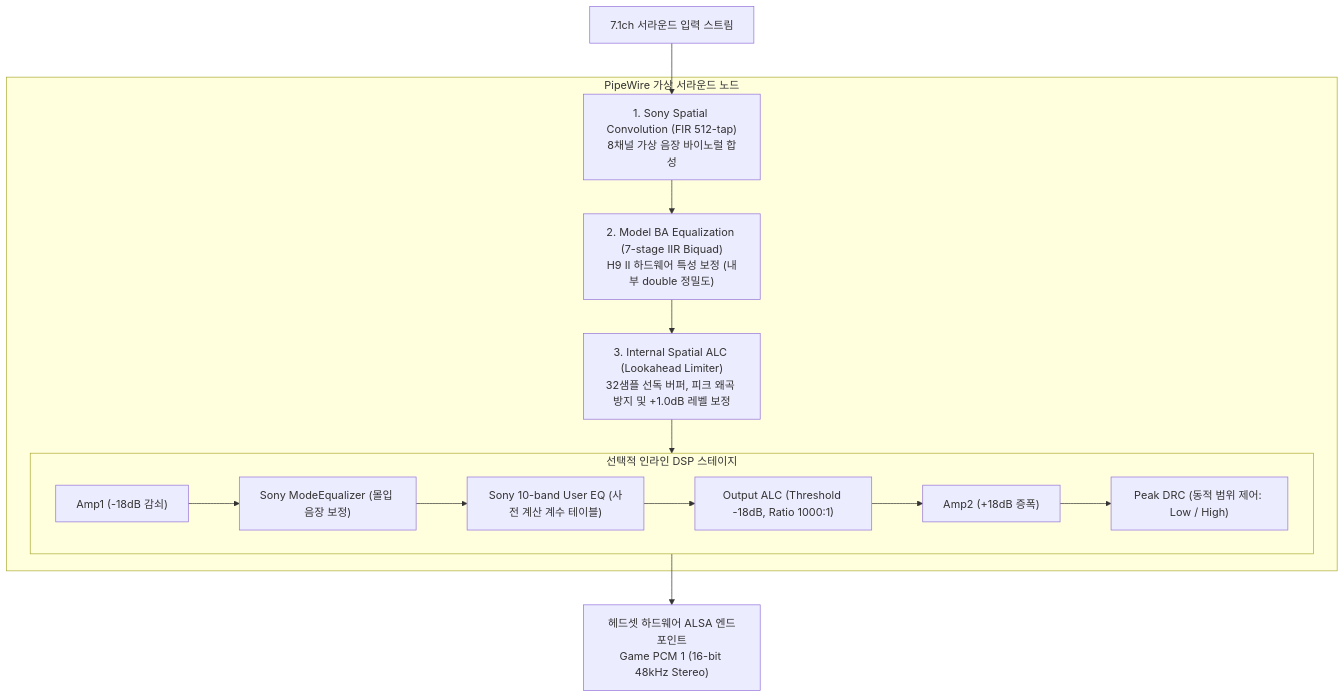
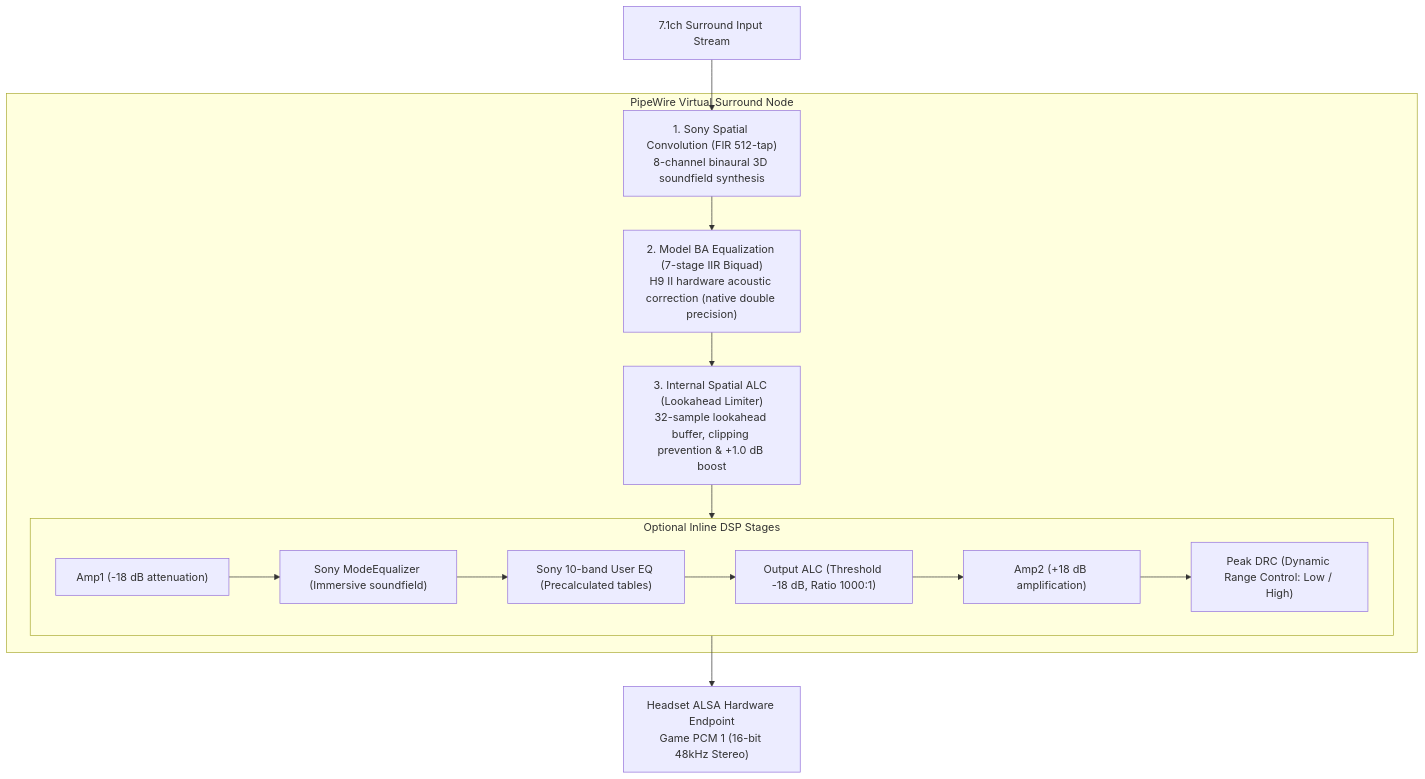
The first of 2 diagrams in docs/reverse-engineering.md (zeroday0619/inzone-linux), drawn with Mermaid before and after one commit. The commit also changed other lines of this file and 12 other files, not shown here.

````diff
--- a/docs/reverse-engineering.md
+++ b/docs/reverse-engineering.md
@@ -128,24 +128,24 @@
 ```mermaid
 flowchart TD
-    In71["7.1ch 서라운드 입력 스트림"] --> Stage1
+    In71["7.1ch Surround Input Stream"] --> Stage1
     
-    subgraph PipeWire ["PipeWire 가상 서라운드 노드"]
-        Stage1["1. Sony Spatial Convolution (FIR 512-tap)<br>8채널 가상 음장 바이노럴 합성"]
-        Stage2["2. Model BA Equalization (7-stage IIR Biquad)<br>H9 II 하드웨어 특성 보정 (내부 double 정밀도)"]
-        Stage3["3. Internal Spatial ALC (Lookahead Limiter)<br>32샘플 선독 버퍼, 피크 왜곡 방지 및 +1.0dB 레벨 보정"]
+    subgraph PipeWire ["PipeWire Virtual Surround Node"]
+        Stage1["1. Sony Spatial Convolution (FIR 512-tap)<br>8-channel binaural 3D soundfield synthesis"]
+        Stage2["2. Model BA Equalization (7-stage IIR Biquad)<br>H9 II hardware acoustic correction (native double precision)"]
+        Stage3["3. Internal Spatial ALC (Lookahead Limiter)<br>32-sample lookahead buffer, clipping prevention & +1.0 dB boost"]
         
-        subgraph InlineDSP ["선택적 인라인 DSP 스테이지"]
-            DSP1["Amp1 (-18dB 감쇠)"]
-            DSP2["Sony ModeEqualizer (몰입 음장 보정)"]
-            DSP3["Sony 10-band User EQ (사전 계산 계수 테이블)"]
-            DSP4["Output ALC (Threshold -18dB, Ratio 1000:1)"]
-            DSP5["Amp2 (+18dB 증폭)"]
-            DSP6["Peak DRC (동적 범위 제어: Low / High)"]
+        subgraph InlineDSP ["Optional Inline DSP Stages"]
+            DSP1["Amp1 (-18 dB attenuation)"]
+            DSP2["Sony ModeEqualizer (Immersive soundfield)"]
+            DSP3["Sony 10-band User EQ (Precalculated tables)"]
+            DSP4["Output ALC (Threshold -18 dB, Ratio 1000:1)"]
+            DSP5["Amp2 (+18 dB amplification)"]
+            DSP6["Peak DRC (Dynamic Range Control: Low / High)"]
             DSP1 --> DSP2 --> DSP3 --> DSP4 --> DSP5 --> DSP6
         end
 
         Stage1 --> Stage2 --> Stage3 --> InlineDSP
     end
 
-    InlineDSP --> Out["헤드셋 하드웨어 ALSA 엔드포인트<br>Game PCM 1 (16-bit 48kHz Stereo)"]
+    InlineDSP --> Out["Headset ALSA Hardware Endpoint<br>Game PCM 1 (16-bit 48kHz Stereo)"]
 ```
````
